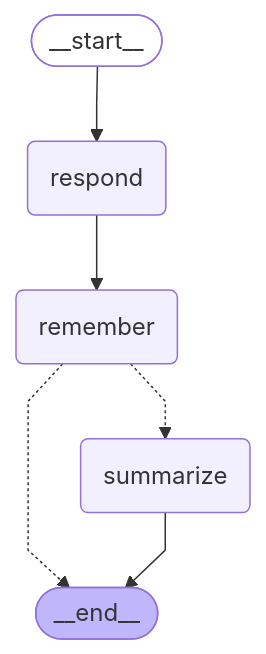
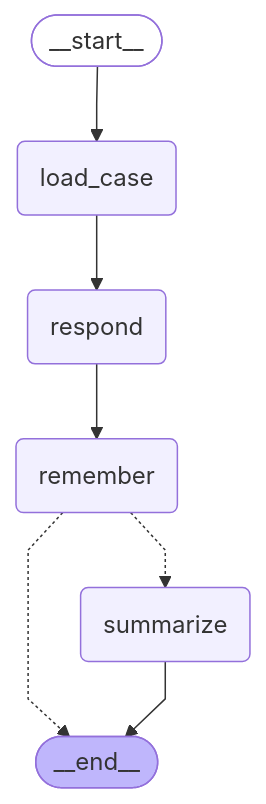
Before and after one commit to garyamorris/langgraph-studio-cookbook: the diagram in docs/examples/conversation_memory.md, drawn with Mermaid. The commit also changed other lines of this file and 65 other files, not shown here.

````diff
--- a/docs/examples/conversation_memory.md
+++ b/docs/examples/conversation_memory.md
@@ -116,22 +131,24 @@
 ```mermaid
 ---
 config:
   flowchart:
     curve: linear
 ---
 graph TD;
 	__start__([<p>__start__</p>]):::first
+	load_case(load_case)
 	respond(respond)
 	remember(remember)
 	summarize(summarize)
 	__end__([<p>__end__</p>]):::last
-	__start__ --> respond;
+	__start__ --> load_case;
+	load_case --> respond;
 	remember -.-> __end__;
 	remember -.-> summarize;
 	respond --> remember;
 	summarize --> __end__;
 	classDef default fill:#f2f0ff,line-height:1.2
 	classDef first fill-opacity:0
 	classDef last fill:#bfb6fc
 
 ```
````
